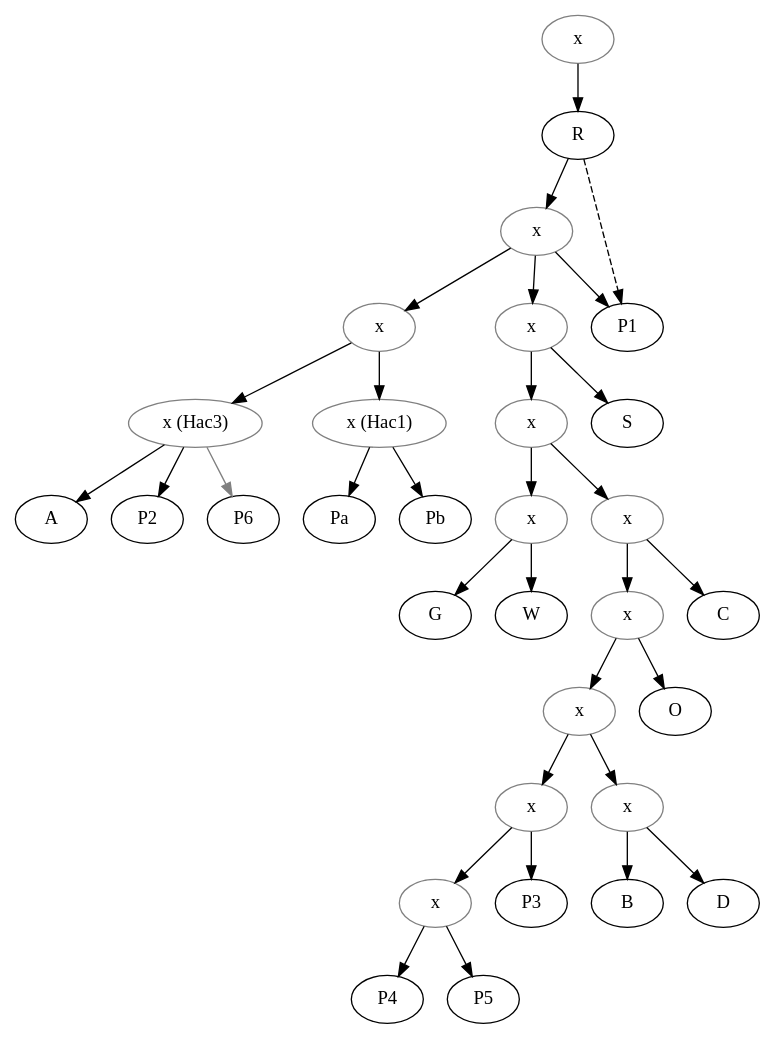
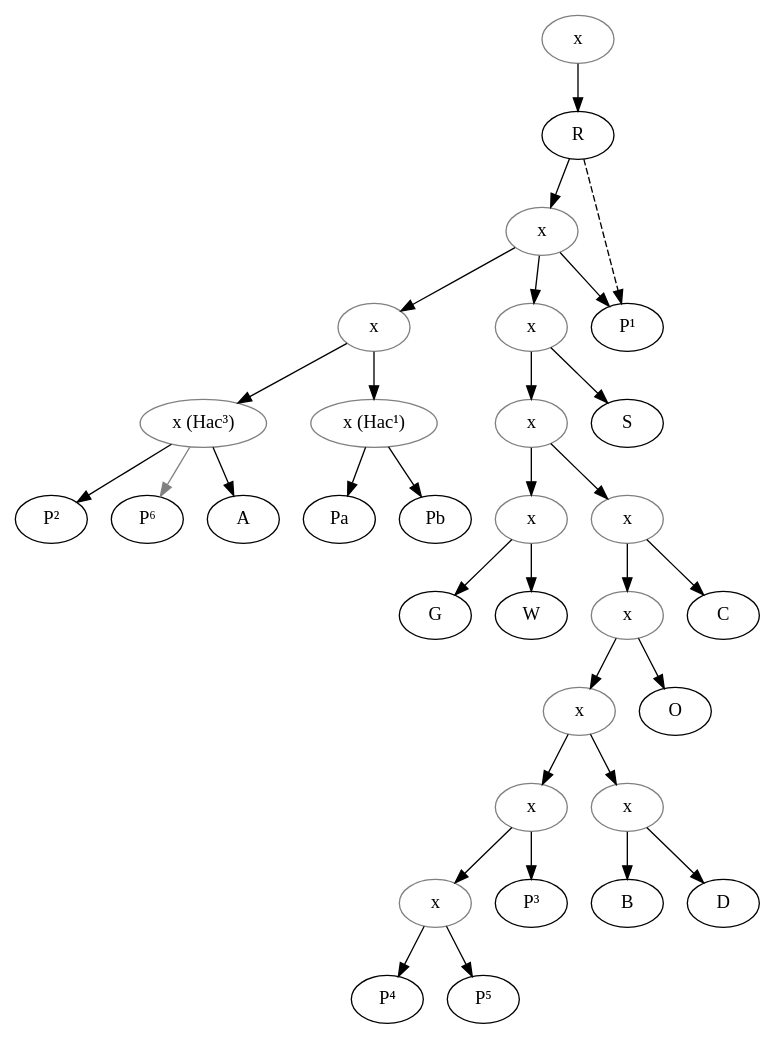
The diagram in data/fro/Rochebouet_2021_RTroieProse5-1/stemma.gv (OpenStemmata/database), drawn with Graphviz before and after one commit. The commit also changed 12 other files, not shown here.

```diff
--- a/data/fro/Rochebouet_2021_RTroieProse5-1/stemma.gv
+++ b/data/fro/Rochebouet_2021_RTroieProse5-1/stemma.gv
@@ -1,52 +1,58 @@
 digraph {
 
 x1[label="x", color="grey"]
 x2[label="x", color="grey"]
 x3[label="x", color="grey"]
-xHac3[label="x (Hac3)", color="grey"]
-xHac1[label="x (Hac1)", color="grey"]
+xHac3[label="x (Hac³)", color="grey"]
+xHac1[label="x (Hac¹)", color="grey"]
 x4[label="x", color="grey"]
 x5[label="x", color="grey"]
 x6[label="x", color="grey"]
 x7[label="x", color="grey"]
 x8[label="x", color="grey"]
 x9[label="x", color="grey"]
 x10[label="x", color="grey"]
 x11[label="x", color="grey"]
 x12[label="x", color="grey"]
 x1[label="x", color="grey"]
+P1[label="P¹"]
+P2[label="P²"]
+P3[label="P³"]
+P4[label="P⁴"]
+P5[label="P⁵"]
+P6[label="P⁶"]
 
 
 x1->R;
 R->x2;
 x2->x3;
 x3->xHac3;
 xHac3->A;
 xHac3->P2;
 xHac3->P6[color="grey"];
 x3->xHac1;
 xHac1->Pa;
 xHac1->Pb;
 x2->P1;
 x2->x4;
 x4->S;
 x4->x5;
 x5->x6;
 x6->G;
 x6->W;
 x5->x7;
 x7->C;
 x7->x8;
 x8->x9;
 x9->x10;
 x10->P3;
 x10->x11;
 x11->P4;
 x11->P5;
 x9->x12;
 x12->B;
 x12->D;
 x8->O;
 R->P1[style="dashed"];
 
 }
```
